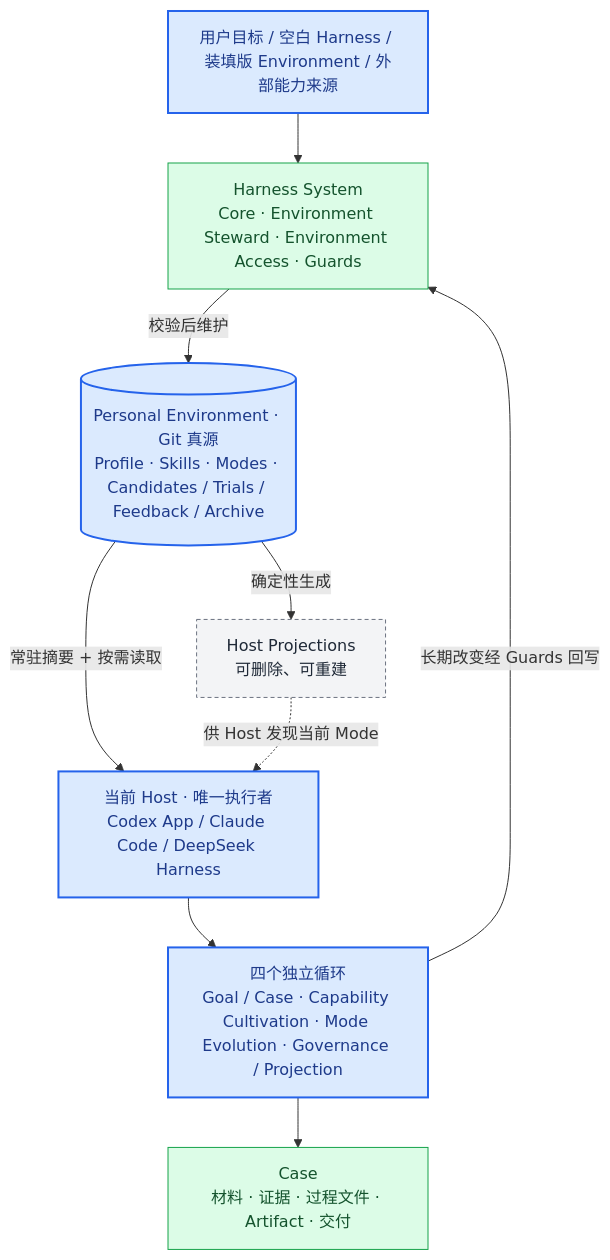
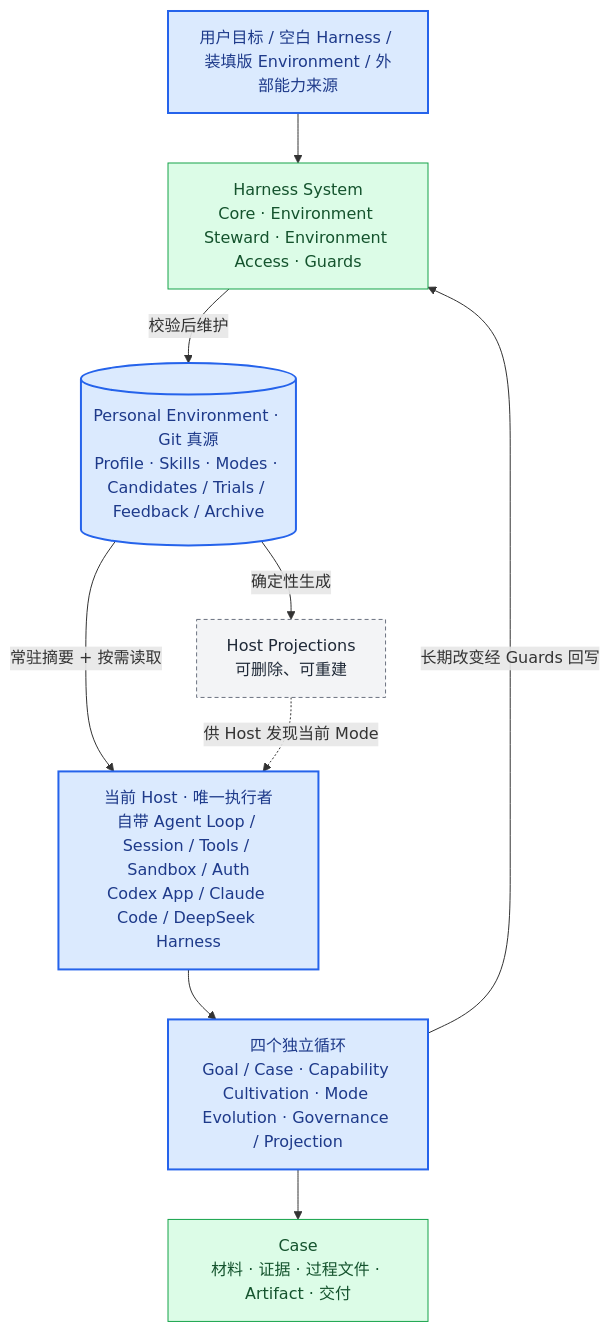
One commit to qihangzhang-272/asl-harness changed the diagram in README.md. Above: the diagram before and after it, drawn with Mermaid. The commit also changed other lines of this file and 1 other file, not shown here.

Commit message:
2026-08-31 04:13｜补充原生 Harness 边界并校准总架构状态

````diff
--- a/README.md
+++ b/README.md
@@ -54,27 +54,27 @@
 ```mermaid
 flowchart TB
     SUPPLY["用户目标 / 空白 Harness / 装填版 Environment / 外部能力来源"]
     SYSTEM["Harness System<br/>Core · Environment Steward · Environment Access · Guards"]
     TRUTH[("Personal Environment · Git 真源<br/>Profile · Skills · Modes · Candidates / Trials / Feedback / Archive")]
-    HOST["当前 Host · 唯一执行者<br/>Codex App / Claude Code / DeepSeek Harness"]
+    HOST["当前 Host · 唯一执行者<br/>自带 Agent Loop / Session / Tools / Sandbox / Auth<br/>Codex App / Claude Code / DeepSeek Harness"]
     LOOPS["四个独立循环<br/>Goal / Case · Capability Cultivation · Mode Evolution · Governance / Projection"]
     CASE["Case<br/>材料 · 证据 · 过程文件 · Artifact · 交付"]
     PROJECTION["Host Projections<br/>可删除、可重建"]
 
     SUPPLY --> SYSTEM
     SYSTEM -->|校验后维护| TRUTH
     TRUTH -->|常驻摘要 + 按需读取| HOST
     HOST --> LOOPS
     LOOPS --> CASE
     LOOPS -->|长期改变经 Guards 回写| SYSTEM
     TRUTH -->|确定性生成| PROJECTION
     PROJECTION -.供 Host 发现当前 Mode.-> HOST
 
     classDef locked fill:#dbeafe,stroke:#2563eb,color:#1e3a8a,stroke-width:2px;
     classDef done fill:#dcfce7,stroke:#16a34a,color:#14532d;
     classDef generated fill:#f3f4f6,stroke:#6b7280,color:#1f2937,stroke-dasharray:4 3;
     class SUPPLY,HOST,TRUTH locked;
     class CASE,SYSTEM done;
     class LOOPS locked;
     class PROJECTION generated;
 ```
````
